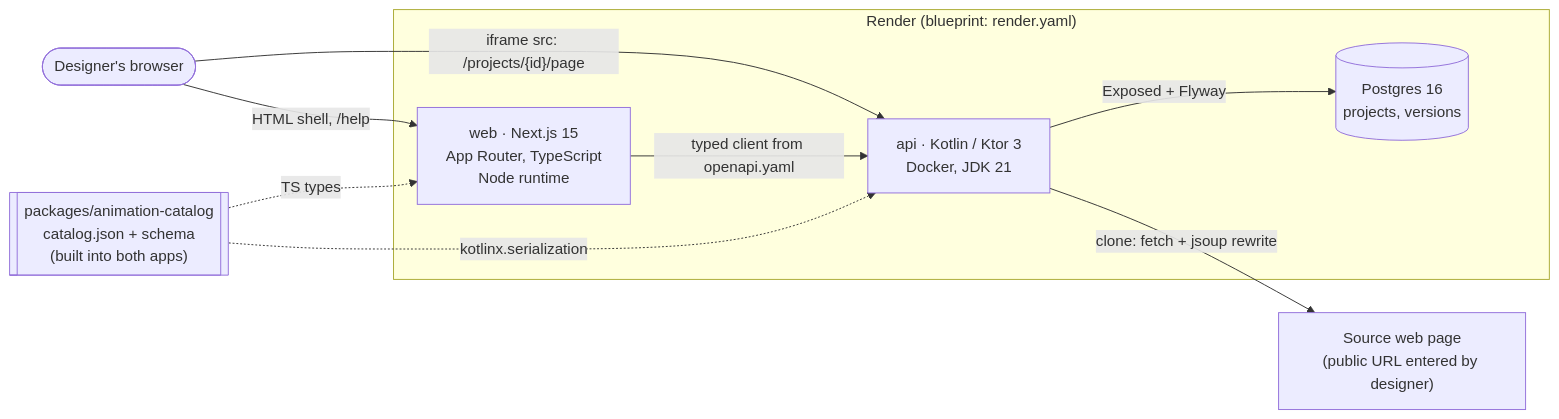
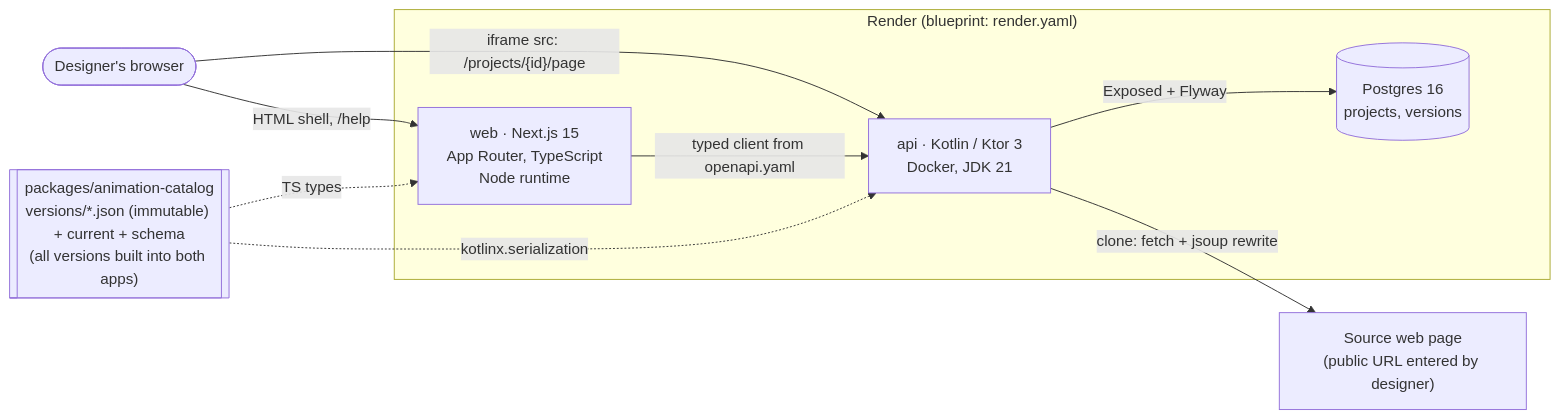
The first of 12 diagrams in docs/architecture.md (ludaxkris/vibe_motion), drawn with Mermaid before and after one commit. The commit also changed other lines of this file and 7 other files, not shown here.

First line of the commit message:
docs: versioned immutable animation catalog, catalogVersion pinned per assignment

````diff
--- a/docs/architecture.md
+++ b/docs/architecture.md
@@ -9,21 +9,21 @@
 ```mermaid
 flowchart LR
   designer([Designer's browser])
 
   subgraph render["Render (blueprint: render.yaml)"]
     web["web · Next.js 15<br/>App Router, TypeScript<br/>Node runtime"]
     api["api · Kotlin / Ktor 3<br/>Docker, JDK 21"]
     db[("Postgres 16<br/>projects, versions")]
   end
 
-  catalog[["packages/animation-catalog<br/>catalog.json + schema<br/>(built into both apps)"]]
+  catalog[["packages/animation-catalog<br/>versions/*.json (immutable) + current + schema<br/>(all versions built into both apps)"]]
   source["Source web page<br/>(public URL entered by designer)"]
 
   designer -->|"HTML shell, /help"| web
   designer -->|"iframe src: /projects/{id}/page"| api
   web -->|"typed client from openapi.yaml"| api
   api -->|"Exposed + Flyway"| db
   api -->|"clone: fetch + jsoup rewrite"| source
   catalog -.->|"TS types"| web
   catalog -.->|"kotlinx.serialization"| api
 ```
````
